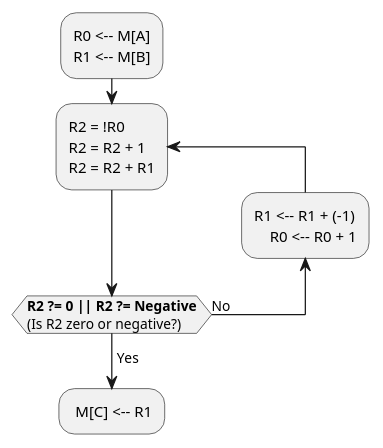
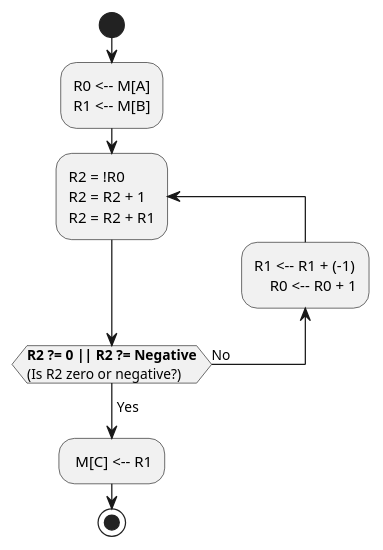
The diagram in flowcharts/1st assignment plantuml.puml (YesSeri/first-assignment-machine-programming), drawn with PlantUML before and after one commit. The commit also changed 5 other files, not shown here.

Commit message:
Diagram fixes. Now fully done

```diff
--- a/flowcharts/1st assignment plantuml.puml
+++ b/flowcharts/1st assignment plantuml.puml
@@ -1,15 +1,17 @@
 @startuml
+start
 
 :R0 <-- M[A]\nR1 <-- M[B];
 
 repeat:R2 = !R0\nR2 = R2 + 1\nR2 = R2 + R1;
 
 
 backward:R1 <-- R1 + (-1)
     R0 <-- R0 + 1;
 repeat while (**R2 ?= 0 || R2 ?= Negative**
     (Is R2 zero or negative?)) is (No)
 -> Yes;
 : M[C] <-- R1;
+stop
 
 @endum
```
